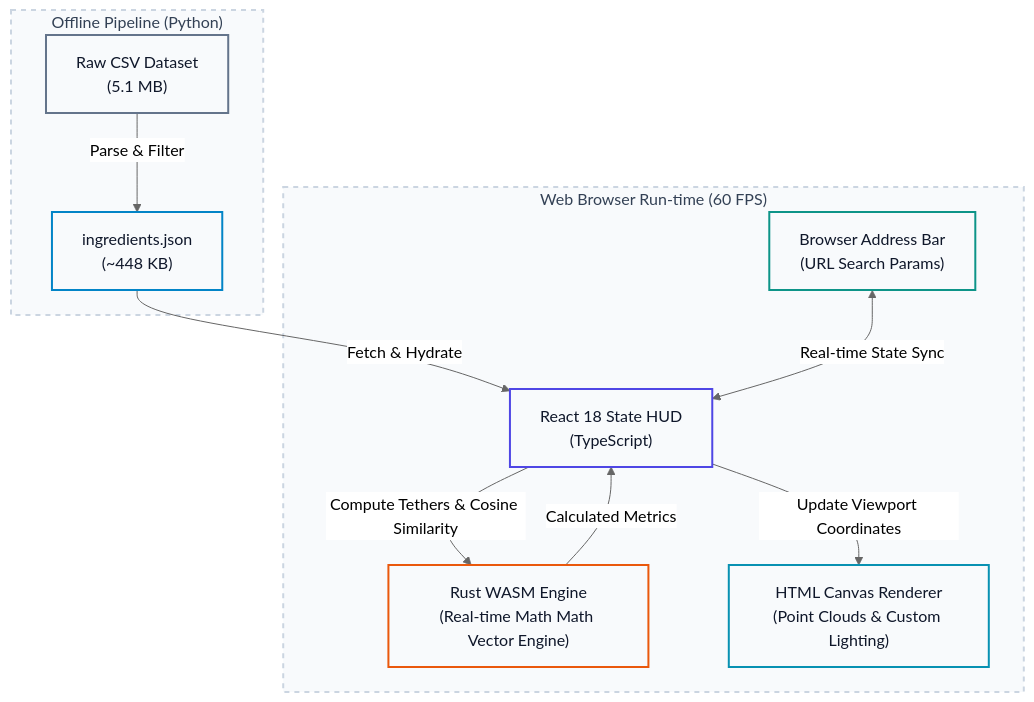
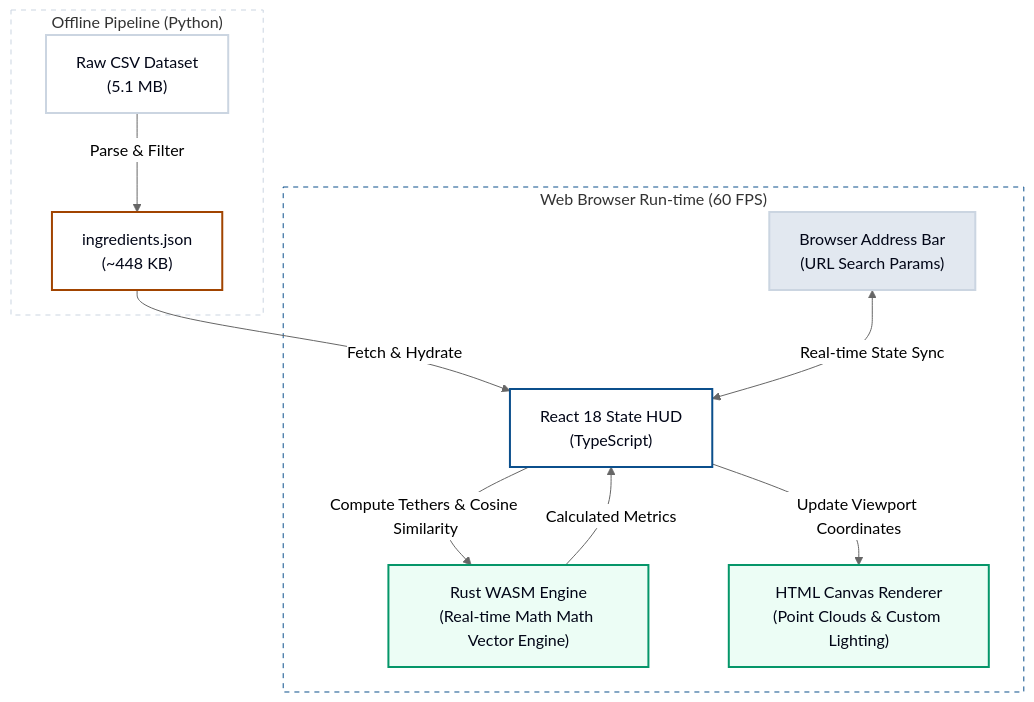
One commit to VikramTiwari/notes changed the second of 2 diagrams in side-projects/culinary-vector-math.md. Above: the diagram before and after it, drawn with Mermaid (neutral theme). The commit also changed other lines of this file and 7 other files, not shown here.

````diff
--- a/side-projects/culinary-vector-math.md
+++ b/side-projects/culinary-vector-math.md
@@ -88,25 +88,25 @@
 ```mermaid
 flowchart TD
     subgraph Offline ["Offline Pipeline (Python)"]
         CSV["Raw CSV Dataset<br>(5.1 MB)"] -->|Parse & Filter| JSON["ingredients.json<br>(~448 KB)"]
     end
 
     subgraph Browser ["Web Browser Run-time (60 FPS)"]
         JSON -->|Fetch & Hydrate| Core["React 18 State HUD<br>(TypeScript)"]
         Core -->|Compute Tethers & Cosine Similarity| WASM["Rust WASM Engine<br>(Real-time Math Math Vector Engine)"]
         WASM -->|Calculated Metrics| Core
         
         Core -->|Update Viewport Coordinates| Canvas["HTML Canvas Renderer<br>(Point Clouds & Custom Lighting)"]
         
         State["Browser Address Bar<br>(URL Search Params)"] <-->|Real-time State Sync| Core
     end
 
-    style CSV fill:#f8fafc,stroke:#64748b,stroke-width:2px,color:#0f172a
-    style JSON fill:#f8fafc,stroke:#0284c7,stroke-width:2px,color:#0f172a
-    style Core fill:#f8fafc,stroke:#4f46e5,stroke-width:2px,color:#0f172a
-    style WASM fill:#f8fafc,stroke:#ea580c,stroke-width:2px,color:#0f172a
-    style Canvas fill:#f8fafc,stroke:#0891b2,stroke-width:2px,color:#0f172a
-    style State fill:#f8fafc,stroke:#0d9488,stroke-width:2px,color:#0f172a
-    style Offline fill:#f8fafc,stroke:#cbd5e1,stroke-width:2px,color:#334155,stroke-dasharray: 5 5
-    style Browser fill:#f8fafc,stroke:#cbd5e1,stroke-width:2px,color:#334155,stroke-dasharray: 5 5
+    style CSV fill:#ffffff,stroke:#cbd5e1,stroke-width:2px,color:#020617
+    style JSON fill:#ffffff,stroke:#a14400,stroke-width:2px,color:#020617
+    style Core fill:#ffffff,stroke:#0b4f8c,stroke-width:2px,color:#020617
+    style WASM fill:#ecfdf5,stroke:#059669,stroke-width:2px,color:#020617
+    style Canvas fill:#ecfdf5,stroke:#059669,stroke-width:2px,color:#020617
+    style State fill:#e2e8f0,stroke:#cbd5e1,stroke-width:2px,color:#020617
+    style Offline fill:none,stroke:#cbd5e1,stroke-width:1px,stroke-dasharray:5 5
+    style Browser fill:none,stroke:#0b4f8c,stroke-width:1px,stroke-dasharray:5 5
 ```
````
